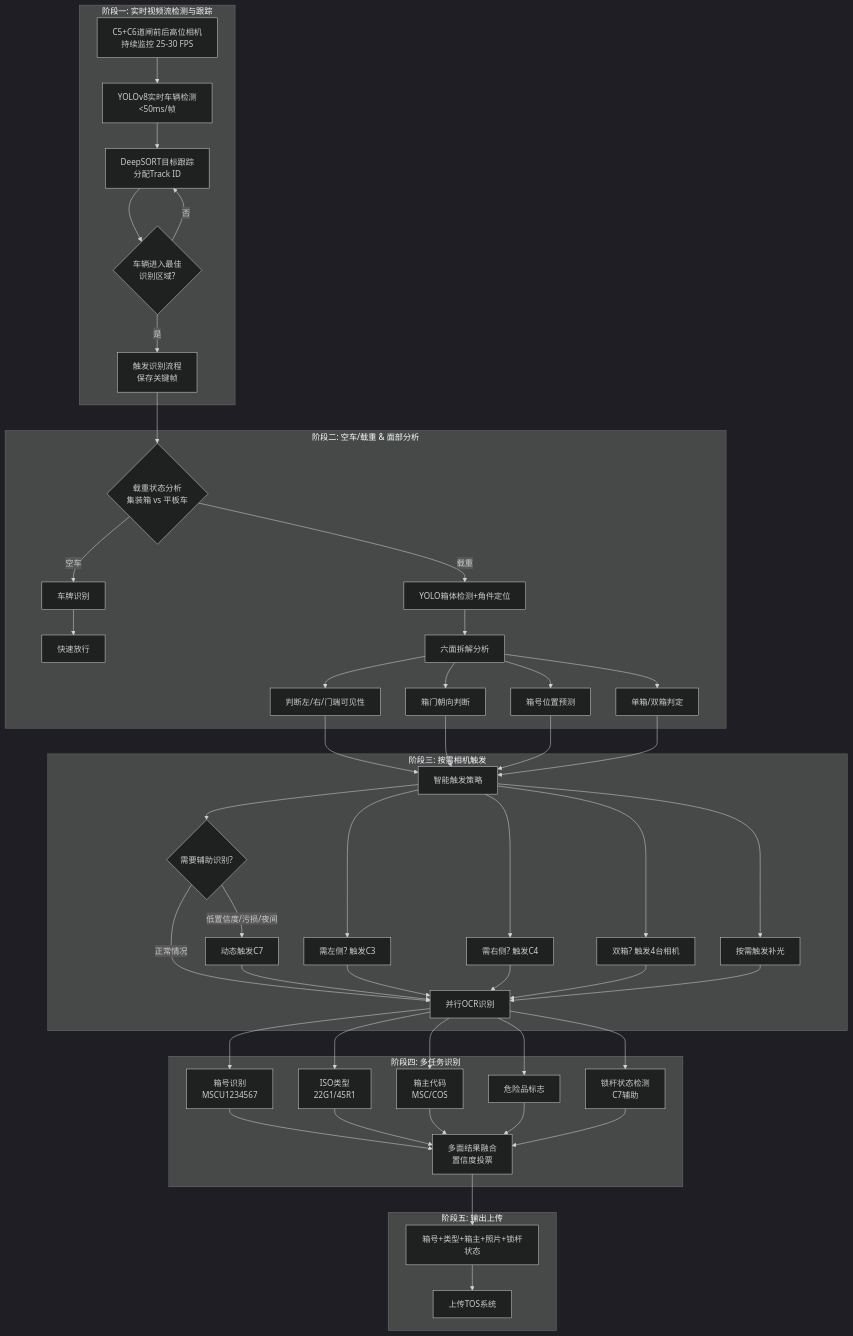
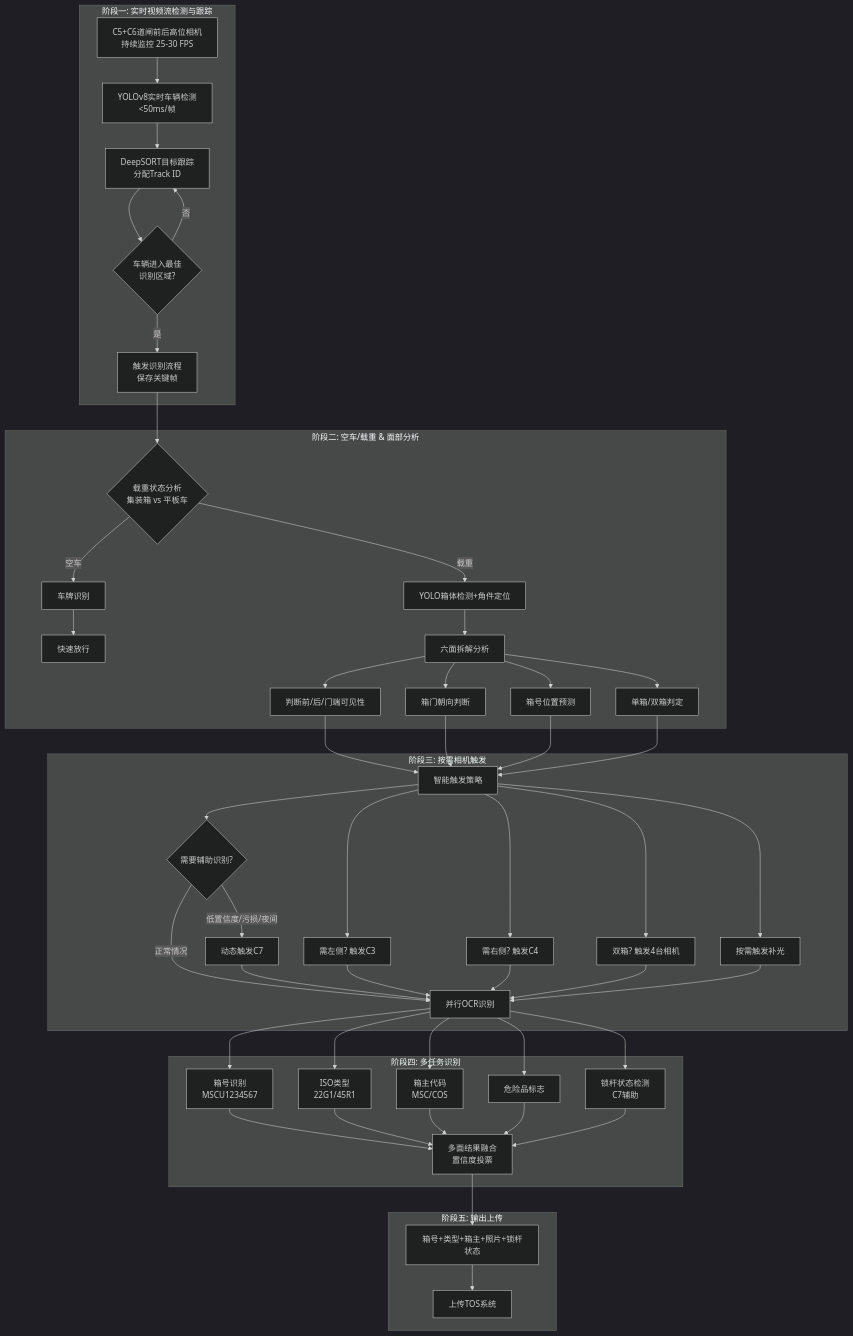
Before and after one commit to hpd840321/container-gate-dual-ai: the diagram in 道闸双柜识别方案.md, drawn with Mermaid (dark theme). The commit also changed other lines of this file and 7 other files, not shown here.

````diff
--- a/道闸双柜识别方案.md
+++ b/道闸双柜识别方案.md
@@ -184,48 +199,48 @@
 ```mermaid
 graph TD
     subgraph "阶段一: 实时视频流检测与跟踪"
         A[C5+C6道闸前后高位相机<br/>持续监控 25-30 FPS] --> B[YOLOv8实时车辆检测<br/><50ms/帧];
         B --> C[DeepSORT目标跟踪<br/>分配Track ID];
         C --> D{车辆进入最佳<br/>识别区域?};
         D -- 否 --> C;
         D -- 是 --> E[触发识别流程<br/>保存关键帧];
     end
     
     subgraph "阶段二: 空车/载重 & 面部分析"
         E --> F{载重状态分析<br/>集装箱 vs 平板车};
         F -- 空车 --> G[车牌识别] --> H[快速放行];
         F -- 载重 --> I[YOLO箱体检测+角件定位];
         I --> J[六面拆解分析];
-        J --> J1[判断左/右/门端可见性];
+        J --> J1[判断前/后/门端可见性];
         J --> J2[箱门朝向判断];
         J --> J3[箱号位置预测];
         J --> J4[单箱/双箱判定];
     end
     
     subgraph "阶段三: 按需相机触发"
         J1 & J2 & J3 & J4 --> K[智能触发策略];
         K --> K1[需左侧? 触发C3];
         K --> K2[需右侧? 触发C4];
         K --> K3[双箱? 触发4台相机];
         K --> K4[按需触发补光];
         K --> K5{需要辅助识别?};
         K5 -- 低置信度/污损/夜间 --> K6[动态触发C7];
         K5 -- 正常情况 --> L;
         K6 --> L;
     end
     
     subgraph "阶段四: 多任务识别"
         K1 & K2 & K3 & K4 --> L[并行OCR识别];
         L --> L1[箱号识别<br/>MSCU1234567];
         L --> L2[ISO类型<br/>22G1/45R1];
         L --> L3[箱主代码<br/>MSC/COS];
         L --> L4[危险品标志];
         L --> L5[锁杆状态检测<br/>C7辅助];
         L1 & L2 & L3 & L4 & L5 --> M[多面结果融合<br/>置信度投票];
     end
     
     subgraph "阶段五: 输出上传"
         M --> N[箱号+类型+箱主+照片+锁杆状态];
         N --> O[上传TOS系统];
     end
 ```
````
